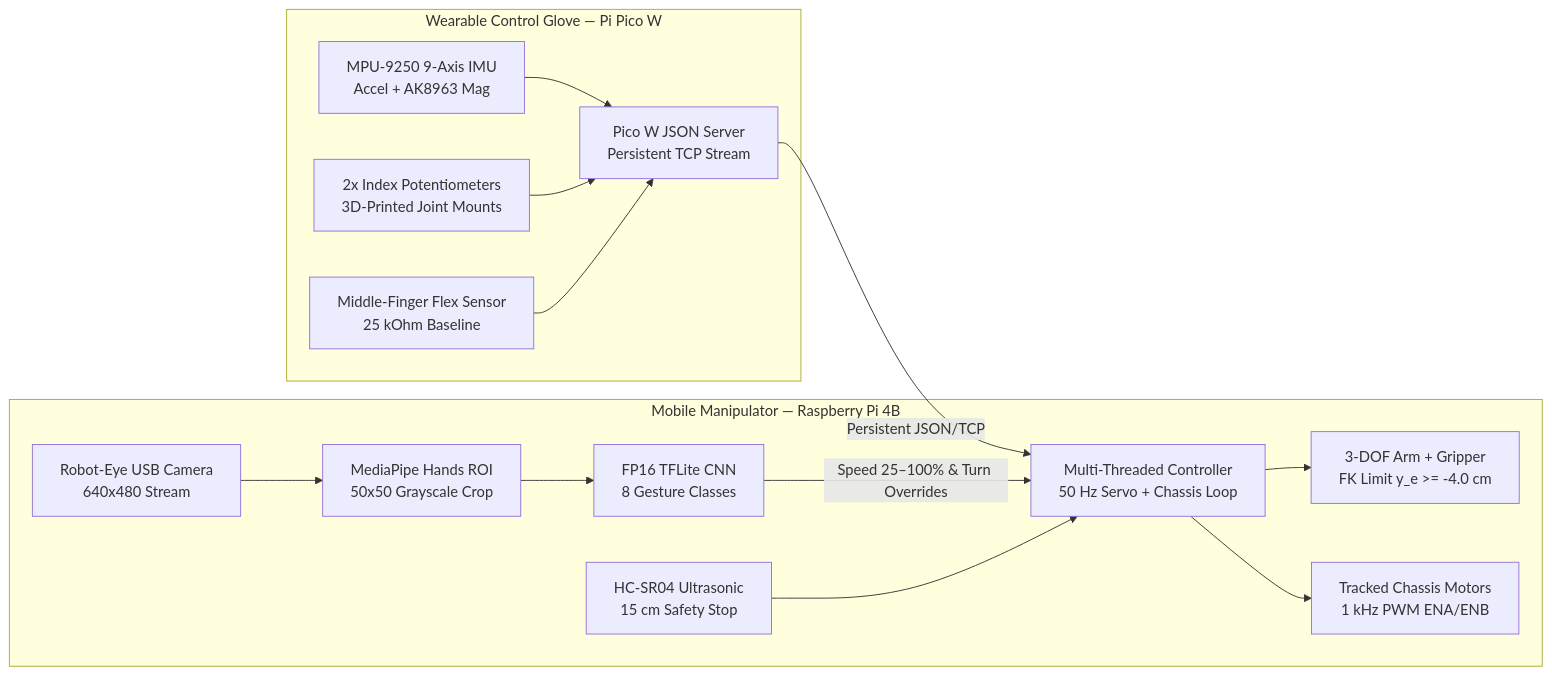
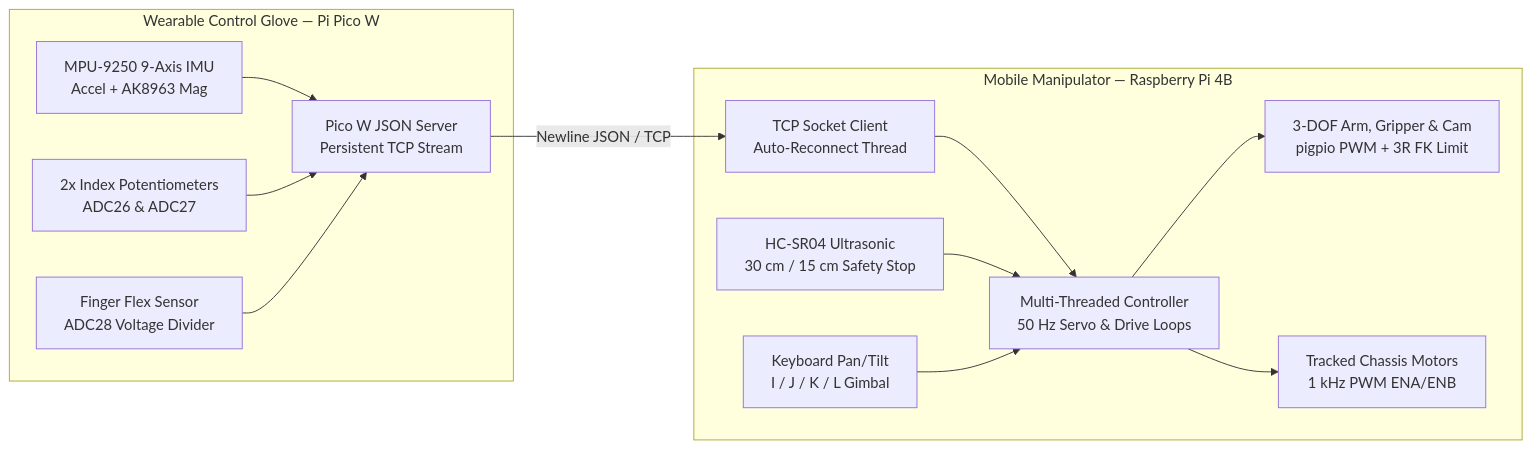
Before and after one commit to UMIengineer/telerobotics-glove-controlled-mobile-robot-arm: the diagram in README.md, drawn with Mermaid. The commit also changed other lines of this file, not shown here.

````diff
--- a/README.md
+++ b/README.md
@@ -7,19 +7,18 @@
 ```mermaid
 flowchart LR
     subgraph Glove [Wearable Control Glove — Pi Pico W]
         IMU[MPU-9250 9-Axis IMU<br/>Accel + AK8963 Mag]
-        POT[2x Index Potentiometers<br/>3D-Printed Joint Mounts]
-        FLEX[Middle-Finger Flex Sensor<br/>25 kOhm Baseline]
+        POT[2x Index Potentiometers<br/>ADC26 & ADC27]
+        FLEX[Finger Flex Sensor<br/>ADC28 Voltage Divider]
         IMU & POT & FLEX --> PICO[Pico W JSON Server<br/>Persistent TCP Stream]
     end
 
     subgraph Robot [Mobile Manipulator — Raspberry Pi 4B]
-        CAM[Robot-Eye USB Camera<br/>640x480 Stream] --> MP[MediaPipe Hands ROI<br/>50x50 Grayscale Crop]
-        MP --> TFL[FP16 TFLite CNN<br/>8 Gesture Classes]
-        PICO -->|Persistent JSON/TCP| THREAD[Multi-Threaded Controller<br/>50 Hz Servo + Chassis Loop]
-        TFL -->|Speed 25–100% & Turn Overrides| THREAD
-        US[HC-SR04 Ultrasonic<br/>15 cm Safety Stop] --> THREAD
-        THREAD --> ARM[3-DOF Arm + Gripper<br/>FK Limit y_e >= -4.0 cm]
+        PICO -->|Newline JSON / TCP| CLIENT[TCP Socket Client<br/>Auto-Reconnect Thread]
+        CLIENT --> THREAD[Multi-Threaded Controller<br/>50 Hz Servo & Drive Loops]
+        US[HC-SR04 Ultrasonic<br/>30 cm / 15 cm Safety Stop] --> THREAD
+        KEY[Keyboard Pan/Tilt<br/>I / J / K / L Gimbal] --> THREAD
+        THREAD --> ARM[3-DOF Arm, Gripper & Cam<br/>pigpio PWM + 3R FK Limit]
         THREAD --> BASE[Tracked Chassis Motors<br/>1 kHz PWM ENA/ENB]
     end
 ```
````
